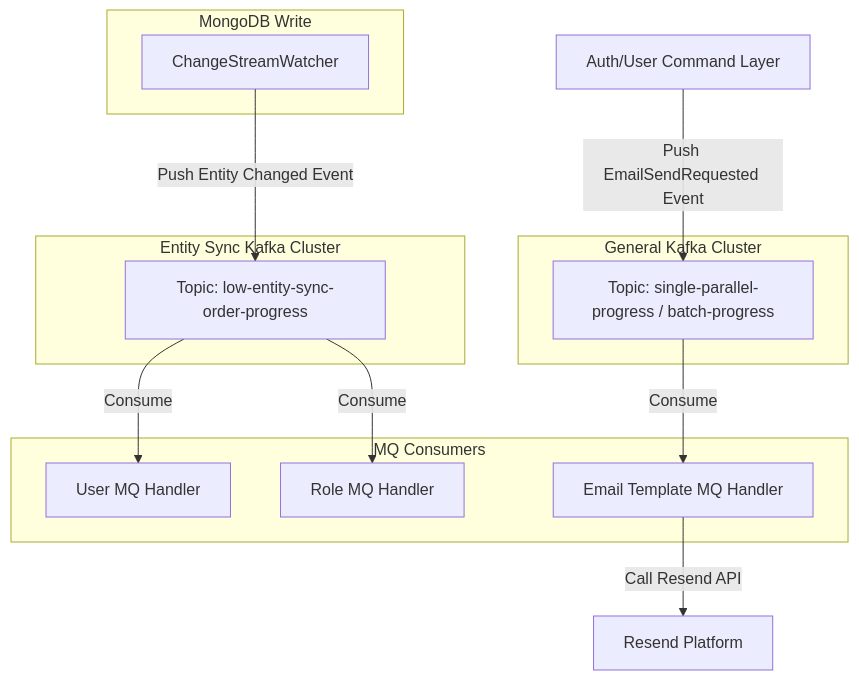
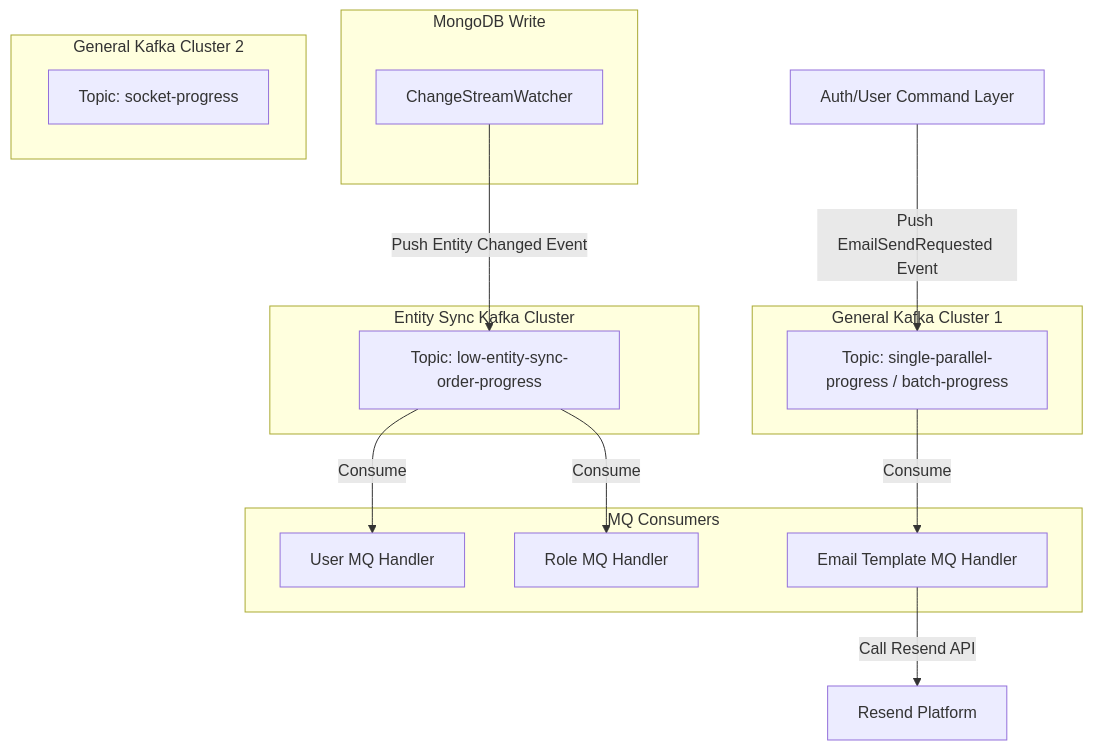
Before and after one commit to sowfkun/sowfkun-verse: the diagram in .agents/docs/INFRASTRUCTURE_BUSINESS_MAPPING.md, drawn with Mermaid. The commit also changed other lines of this file and 1 other file, not shown here.

Commit message:
feat(socket): split topics, implement client ping online sync via Kafka and Redis

````diff
--- a/.agents/docs/INFRASTRUCTURE_BUSINESS_MAPPING.md
+++ b/.agents/docs/INFRASTRUCTURE_BUSINESS_MAPPING.md
@@ -91,28 +96,32 @@
 ```mermaid
 graph TD
     subgraph MongoDB Write
         A[ChangeStreamWatcher]
     end
     
     subgraph Entity Sync Kafka Cluster
         TopicSync[Topic: low-entity-sync-order-progress]
     end
 
-    subgraph General Kafka Cluster
+    subgraph General Kafka Cluster 1
         TopicGeneral[Topic: single-parallel-progress / batch-progress]
+    end
+
+    subgraph General Kafka Cluster 2
+        TopicSocket[Topic: socket-progress]
     end
     
     subgraph MQ Consumers
         UserConsumer[User MQ Handler]
         RoleConsumer[Role MQ Handler]
         EmailConsumer[Email Template MQ Handler]
     end
 
     A -->|Push Entity Changed Event| TopicSync
     TopicSync -->|Consume| UserConsumer
     TopicSync -->|Consume| RoleConsumer
     
     AuthCmd[Auth/User Command Layer] -->|Push EmailSendRequested Event| TopicGeneral
     TopicGeneral -->|Consume| EmailConsumer
     EmailConsumer -->|Call Resend API| ResendSDK[Resend Platform]
 ```
````
